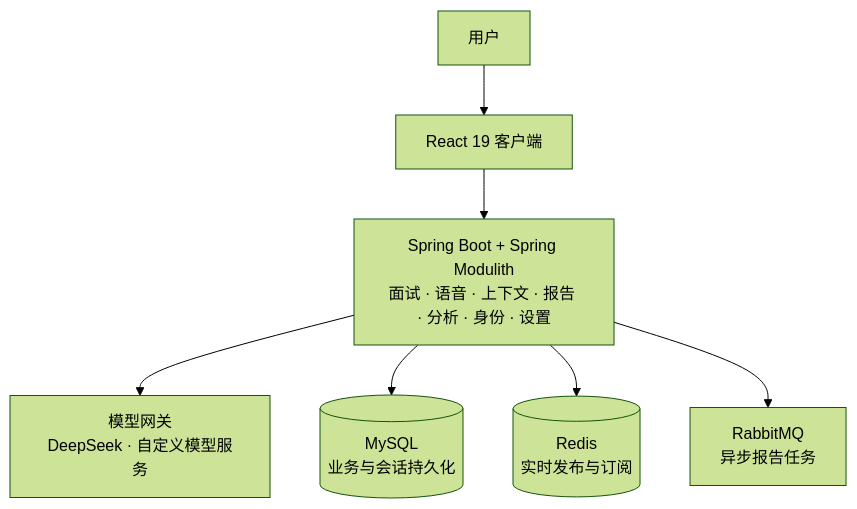
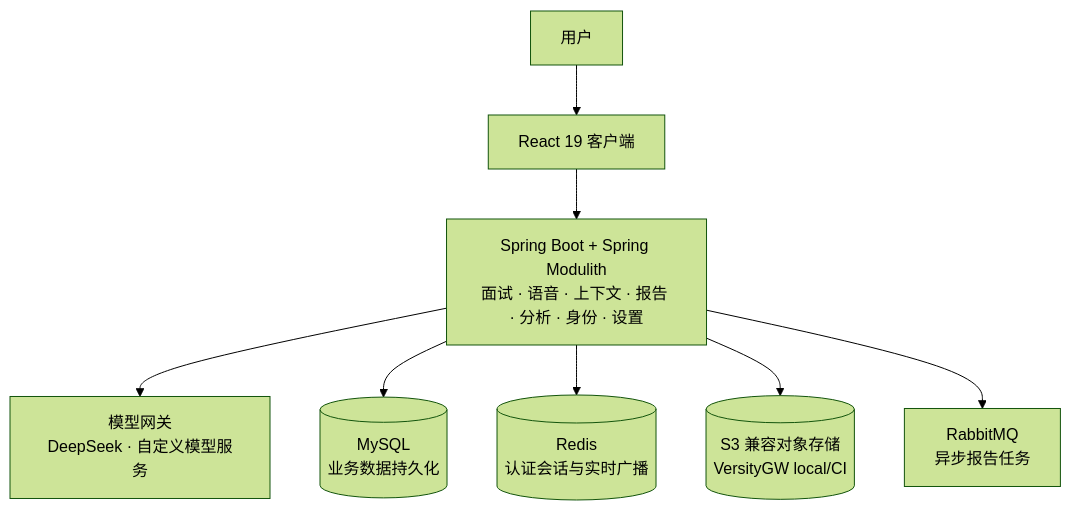
The diagram in README.md (zyyyyynnn/Prelude), drawn with Mermaid (forest theme) before and after one commit. The commit also changed other lines of this file and 207 other files, not shown here.

````diff
--- a/README.md
+++ b/README.md
@@ -40,10 +41,11 @@
 ```mermaid
 flowchart TB
     U[用户] --> C[React 19 客户端]
     C --> A[Spring Boot + Spring Modulith<br/>面试 · 语音 · 上下文 · 报告 · 分析 · 身份 · 设置]
 
     A --> L[模型网关<br/>DeepSeek · 自定义模型服务]
-    A --> D[(MySQL<br/>业务与会话持久化)]
-    A --> R[(Redis<br/>实时发布与订阅)]
+    A --> D[(MySQL<br/>业务数据持久化)]
+    A --> R[(Redis<br/>认证会话与实时广播)]
+    A --> S[(S3 兼容对象存储<br/>VersityGW local/CI)]
     A --> Q[RabbitMQ<br/>异步报告任务]
 ```
````
